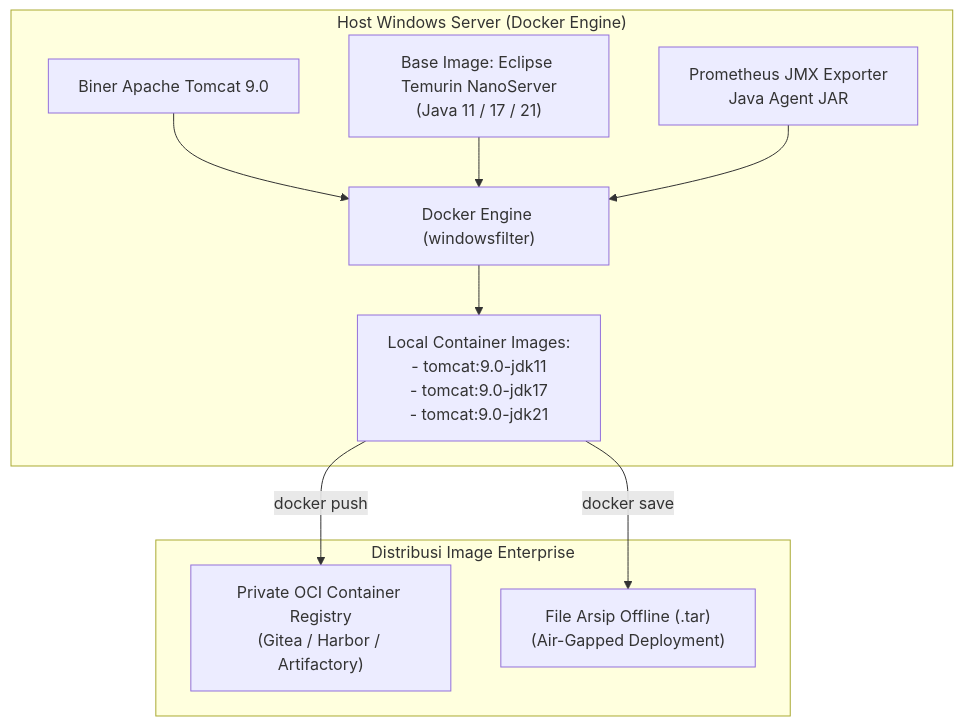
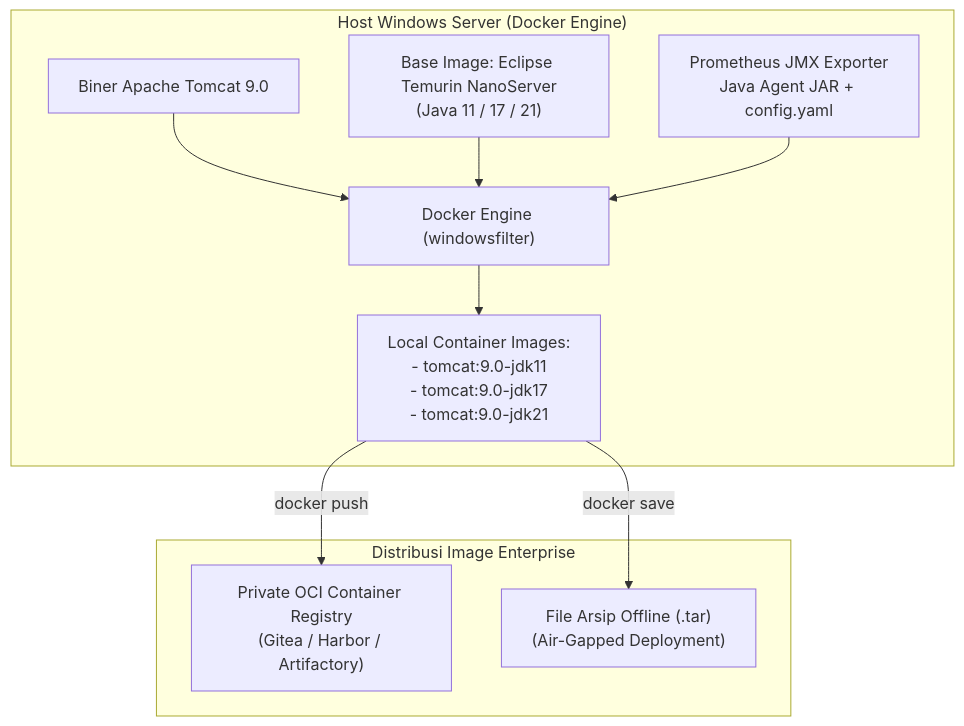
Before and after one commit to edkas07-oss/personal-site: the diagram in content/how-to/build-tomcat-jmx-nanoserver-image.md, drawn with Mermaid. The commit also changed other lines of this file and 2 other files, not shown here.

```diff
--- a/content/how-to/build-tomcat-jmx-nanoserver-image.md
+++ b/content/how-to/build-tomcat-jmx-nanoserver-image.md
@@ -37,22 +38,22 @@
 {{< mermaid >}}
 flowchart TD
     subgraph Build_Host ["Host Windows Server (Docker Engine)"]
         TomcatZip["Biner Apache Tomcat 9.0"]
         NanoBase["Base Image: Eclipse Temurin NanoServer<br/>(Java 11 / 17 / 21)"]
-        JmxAgent["Prometheus JMX Exporter<br/>Java Agent JAR"]
+        JmxAgent["Prometheus JMX Exporter<br/>Java Agent JAR + config.yaml"]
         Builder["Docker Engine (windowsfilter)"]
         BuiltImages["Local Container Images:<br/>- tomcat:9.0-jdk11<br/>- tomcat:9.0-jdk17<br/>- tomcat:9.0-jdk21"]
     end
 
     subgraph Distribution ["Distribusi Image Enterprise"]
         Registry["Private OCI Container Registry<br/>(Gitea / Harbor / Artifactory)"]
         TarArchive["File Arsip Offline (.tar)<br/>(Air-Gapped Deployment)"]
     end
 
     TomcatZip --> Builder
     NanoBase --> Builder
     JmxAgent --> Builder
     Builder --> BuiltImages
     BuiltImages -->|docker push| Registry
     BuiltImages -->|docker save| TarArchive
 {{< /mermaid >}}
```
